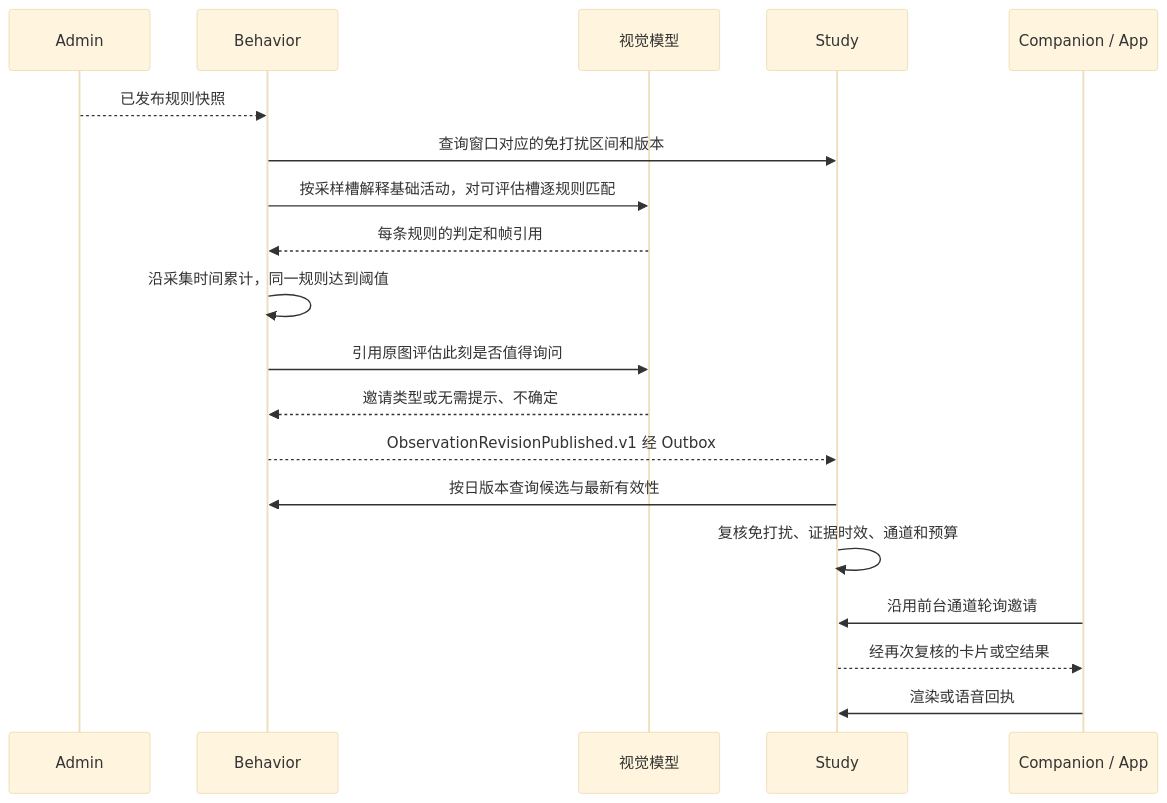
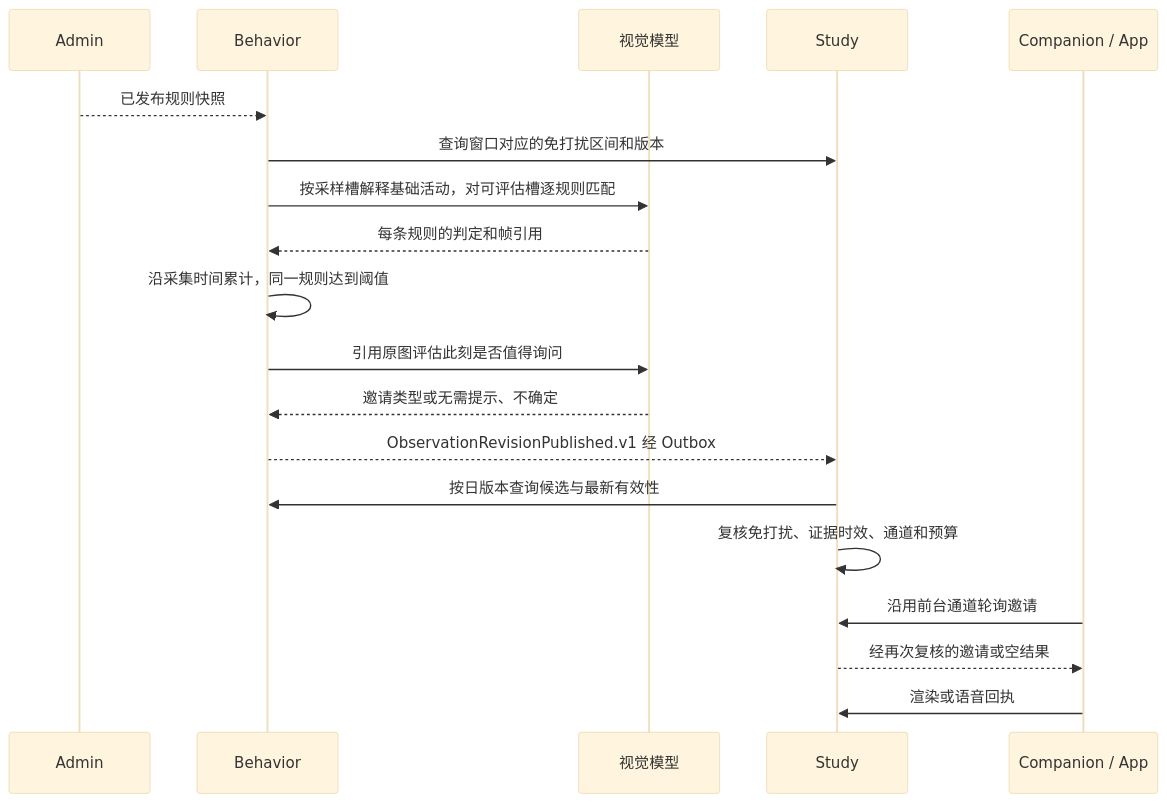
The second of 3 diagrams in docs/technical/observation-reminder-policy.md (johanchow/duxue), drawn with Mermaid (base theme) before and after one commit. The commit also changed other lines of this file and 18 other files, not shown here.

````diff
--- a/docs/technical/observation-reminder-policy.md
+++ b/docs/technical/observation-reminder-policy.md
@@ -93,21 +93,21 @@
 ```mermaid
 sequenceDiagram
     participant A as Admin
     participant B as Behavior
     participant V as 视觉模型
     participant S as Study
     participant C as Companion / App
     A-->>B: 已发布规则快照
     B->>S: 查询窗口对应的免打扰区间和版本
     B->>V: 按采样槽解释基础活动，对可评估槽逐规则匹配
     V-->>B: 每条规则的判定和帧引用
     B->>B: 沿采集时间累计，同一规则达到阈值
     B->>V: 引用原图评估此刻是否值得询问
     V-->>B: 邀请类型或无需提示、不确定
     B-->>S: ObservationRevisionPublished.v1 经 Outbox
     S->>B: 按日版本查询候选与最新有效性
     S->>S: 复核免打扰、证据时效、通道和预算
     C->>S: 沿用前台通道轮询邀请
-    S-->>C: 经再次复核的卡片或空结果
+    S-->>C: 经再次复核的邀请或空结果
     C->>S: 渲染或语音回执
 ```
````
